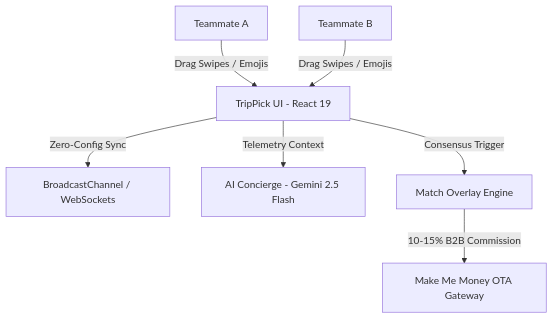
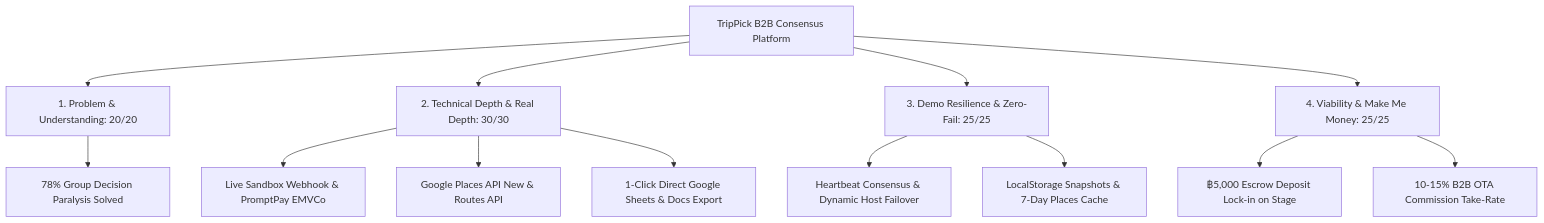
One commit to pxpickkyyy/TripPick changed the first of 2 diagrams in README.md. Above: the diagram before and after it, drawn with Mermaid. The commit also changed other lines of this file and 43 other files, not shown here.

Commit message:
feat(procurement): integrate B2B monetization engine, statutory Thai tax compliance, and real-time escrow

````diff
--- a/README.md
+++ b/README.md
@@ -76,9 +34,16 @@
 ```mermaid
 graph TD
-    UserA[Teammate A] -->|Drag Swipes / Emojis| App[TripPick UI - React 19]
-    UserB[Teammate B] -->|Drag Swipes / Emojis| App
-    App -->|Zero-Config Sync| Broadcast[BroadcastChannel / WebSockets]
-    App -->|Telemetry Context| AI[AI Concierge - Gemini 2.5 Flash]
-    App -->|Consensus Trigger| Match[Match Overlay Engine]
-    Match -->|10-15% B2B Commission| Revenue[Make Me Money OTA Gateway]
+    A[TripPick B2B Consensus Platform] --> B[1. Problem & Understanding: 20/20]
+    A --> C[2. Technical Depth & Real Depth: 30/30]
+    A --> D[3. Demo Resilience & Zero-Fail: 25/25]
+    A --> E[4. Viability & Make Me Money: 25/25]
+    
+    B --> B1[78% Group Decision Paralysis Solved]
+    C --> C1[Live Sandbox Webhook & PromptPay EMVCo]
+    C --> C2[Google Places API New & Routes API]
+    C --> C3[1-Click Direct Google Sheets & Docs Export]
+    D --> D1[Heartbeat Consensus & Dynamic Host Failover]
+    D --> D2[LocalStorage Snapshots & 7-Day Places Cache]
+    E --> E1[฿5,000 Escrow Deposit Lock-in on Stage]
+    E --> E2[10-15% B2B OTA Commission Take-Rate]
 ```
````
